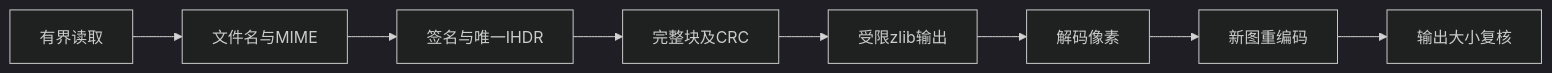
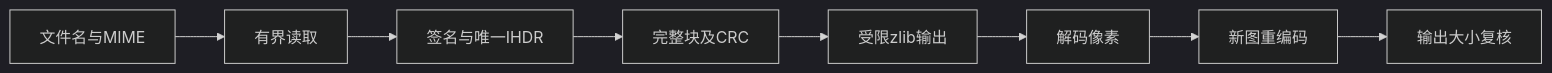
Before and after one commit to zrayjay/java-for-nestjs: the first of 2 diagrams in docs/06-security/33-enterprise-foundations.md, drawn with Mermaid (dark theme). The commit also changed other lines of this file and 6 other files, not shown here.

````diff
--- a/docs/06-security/33-enterprise-foundations.md
+++ b/docs/06-security/33-enterprise-foundations.md
@@ -55,10 +55,10 @@
 ```mermaid
 flowchart LR
-  A[有界读取] --> B[文件名与MIME]
+  A[文件名与MIME] --> B[有界读取]
   B --> C[签名与唯一IHDR]
   C --> D[完整块及CRC]
   D --> E[受限zlib输出]
   E --> F[解码像素]
   F --> G[新图重编码]
   G --> H[输出大小复核]
 ```
````
